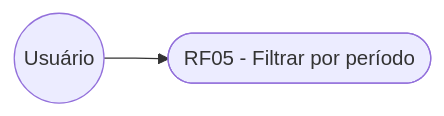
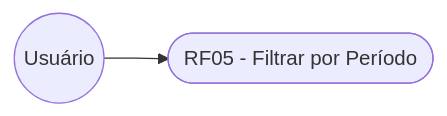
One commit to NEXA-project-br/NEXA changed the fifth of 8 diagrams in relacionamento/dcu.md. Above: the diagram before and after it, drawn with Mermaid. The commit also changed other lines of this file and 4 other files, not shown here.

````diff
--- a/relacionamento/dcu.md
+++ b/relacionamento/dcu.md
@@ -60,6 +62,6 @@
 ```mermaid
 graph LR
   U((Usuário))
-  RF05([RF05 - Filtrar por período])
+  RF05([RF05 - Filtrar por Período])
   U --> RF05
 ```
````
